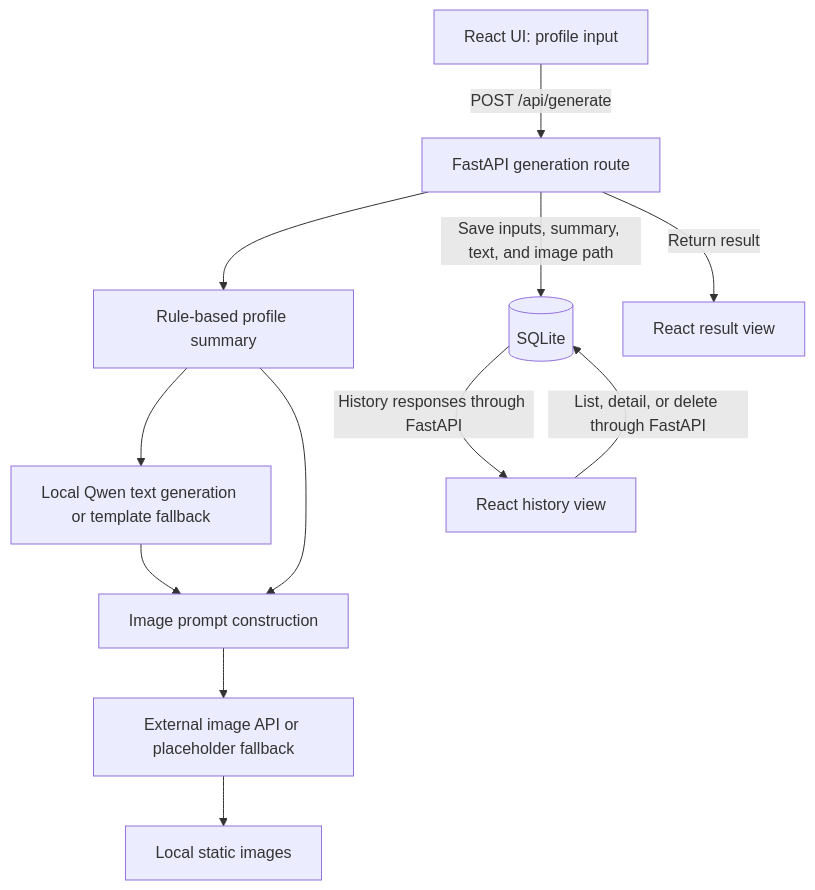
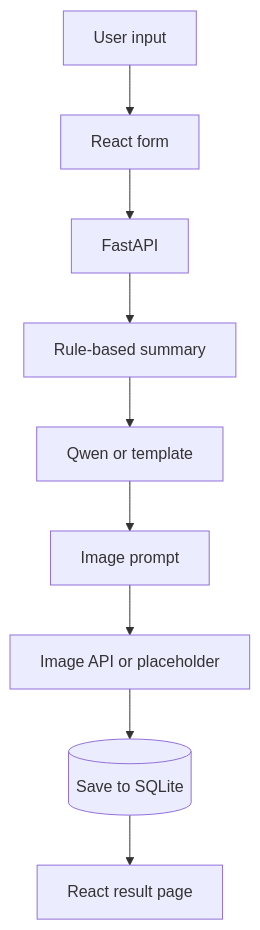
One commit to cxthewinner/profile-based-ai-content-generator changed the first of 2 diagrams in README.md. Above: the diagram before and after it, drawn with Mermaid. The commit also changed other lines of this file, not shown here.

Commit message:
docs: improve architecture diagrams

````diff
--- a/README.md
+++ b/README.md
@@ -100,14 +102,11 @@
 ```mermaid
 flowchart TD
-    UI["React UI: profile input"] -->|POST /api/generate| API["FastAPI generation route"]
-    API --> Profile["Rule-based profile summary"]
-    Profile --> Text["Local Qwen text generation or template fallback"]
-    Text --> Prompt["Image prompt construction"]
-    Profile --> Prompt
-    Prompt --> Image["External image API or placeholder fallback"]
-    Image --> Files["Local static images"]
-    API -->|Save inputs, summary, text, and image path| DB[("SQLite")]
-    API -->|Return result| Result["React result view"]
-    History["React history view"] -->|List, detail, or delete through FastAPI| DB
-    DB -->|History responses through FastAPI| History
+    Input["User input"] --> React["React form"]
+    React --> API["FastAPI"]
+    API --> Profile["Rule-based summary"]
+    Profile --> Text["Qwen or template"]
+    Text --> Prompt["Image prompt"]
+    Prompt --> Image["Image API or placeholder"]
+    Image --> Store[("Save to SQLite")]
+    Store --> Result["React result page"]
 ```
````
